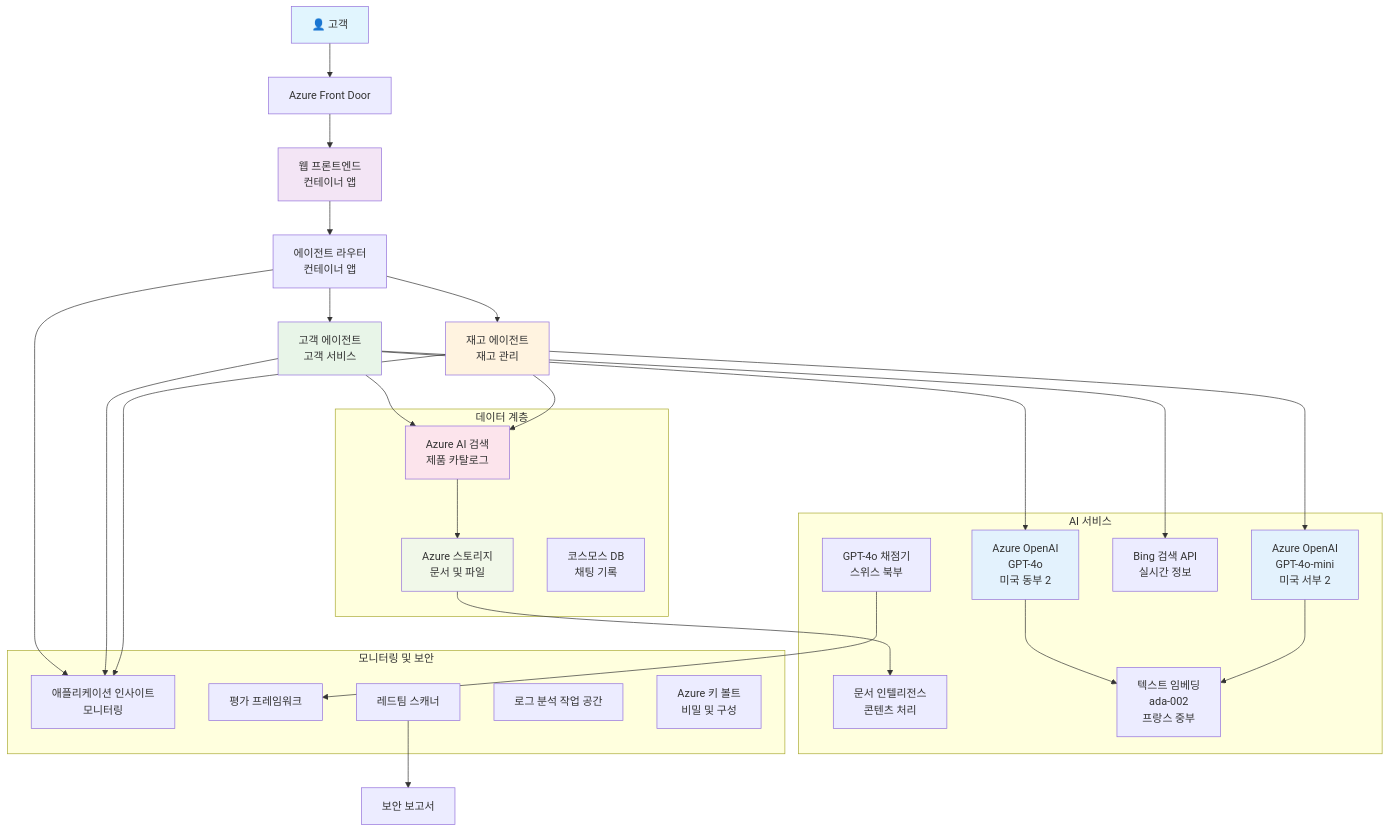
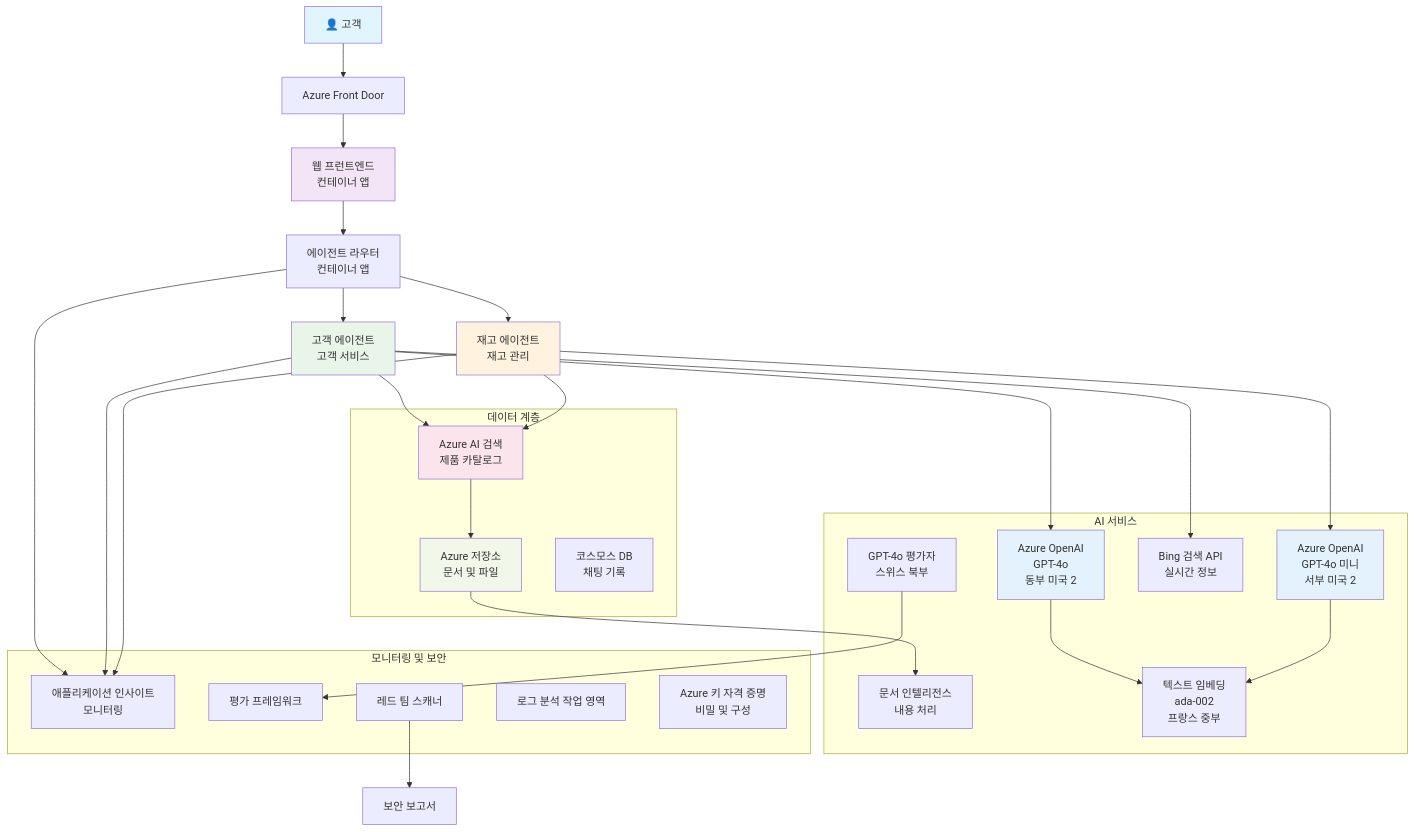
Before and after one commit to microsoft/AZD-for-beginners: the diagram in translations/ko/examples/retail-scenario.md, drawn with Mermaid. The commit also changed other lines of this file and 242 other files, not shown here.

````diff
--- a/translations/ko/examples/retail-scenario.md
+++ b/translations/ko/examples/retail-scenario.md
@@ -148,61 +139,61 @@
 ```mermaid
 graph TB
     User[👤 고객] --> LB[Azure Front Door]
-    LB --> WebApp[웹 프론트엔드<br/>컨테이너 앱]
+    LB --> WebApp[웹 프런트엔드<br/>컨테이너 앱]
     
     WebApp --> Router[에이전트 라우터<br/>컨테이너 앱]
     Router --> CustomerAgent[고객 에이전트<br/>고객 서비스]
     Router --> InvAgent[재고 에이전트<br/>재고 관리]
     
-    CustomerAgent --> OpenAI1[Azure OpenAI<br/>GPT-4o<br/>미국 동부 2]
-    InvAgent --> OpenAI2[Azure OpenAI<br/>GPT-4o-mini<br/>미국 서부 2]
+    CustomerAgent --> OpenAI1[Azure OpenAI<br/>GPT-4o<br/>동부 미국 2]
+    InvAgent --> OpenAI2[Azure OpenAI<br/>GPT-4o 미니<br/>서부 미국 2]
     
     CustomerAgent --> AISearch[Azure AI 검색<br/>제품 카탈로그]
     CustomerAgent --> BingSearch[Bing 검색 API<br/>실시간 정보]
     InvAgent --> AISearch
     
-    AISearch --> Storage[Azure 스토리지<br/>문서 및 파일]
-    Storage --> DocIntel[문서 인텔리전스<br/>콘텐츠 처리]
+    AISearch --> Storage[Azure 저장소<br/>문서 및 파일]
+    Storage --> DocIntel[문서 인텔리전스<br/>내용 처리]
     
     OpenAI1 --> Embeddings[텍스트 임베딩<br/>ada-002<br/>프랑스 중부]
     OpenAI2 --> Embeddings
     
     Router --> AppInsights[애플리케이션 인사이트<br/>모니터링]
     CustomerAgent --> AppInsights
     InvAgent --> AppInsights
     
-    GraderModel[GPT-4o 채점기<br/>스위스 북부] --> Evaluation[평가 프레임워크]
-    RedTeam[레드팀 스캐너] --> SecurityReports[보안 보고서]
+    GraderModel[GPT-4o 평가자<br/>스위스 북부] --> Evaluation[평가 프레임워크]
+    RedTeam[레드 팀 스캐너] --> SecurityReports[보안 보고서]
     
     subgraph "데이터 계층"
         Storage
         AISearch
         CosmosDB[코스모스 DB<br/>채팅 기록]
     end
     
     subgraph "AI 서비스"
         OpenAI1
         OpenAI2
         Embeddings
         GraderModel
         DocIntel
         BingSearch
     end
     
     subgraph "모니터링 및 보안"
         AppInsights
-        LogAnalytics[로그 분석 작업 공간]
-        KeyVault[Azure 키 볼트<br/>비밀 및 구성]
+        LogAnalytics[로그 분석 작업 영역]
+        KeyVault[Azure 키 자격 증명<br/>비밀 및 구성]
         RedTeam
         Evaluation
     end
     
     style User fill:#e1f5fe
     style WebApp fill:#f3e5f5
     style CustomerAgent fill:#e8f5e8
     style InvAgent fill:#fff3e0
     style OpenAI1 fill:#e3f2fd
     style OpenAI2 fill:#e3f2fd
     style AISearch fill:#fce4ec
     style Storage fill:#f1f8e9
-```
+```  
````
